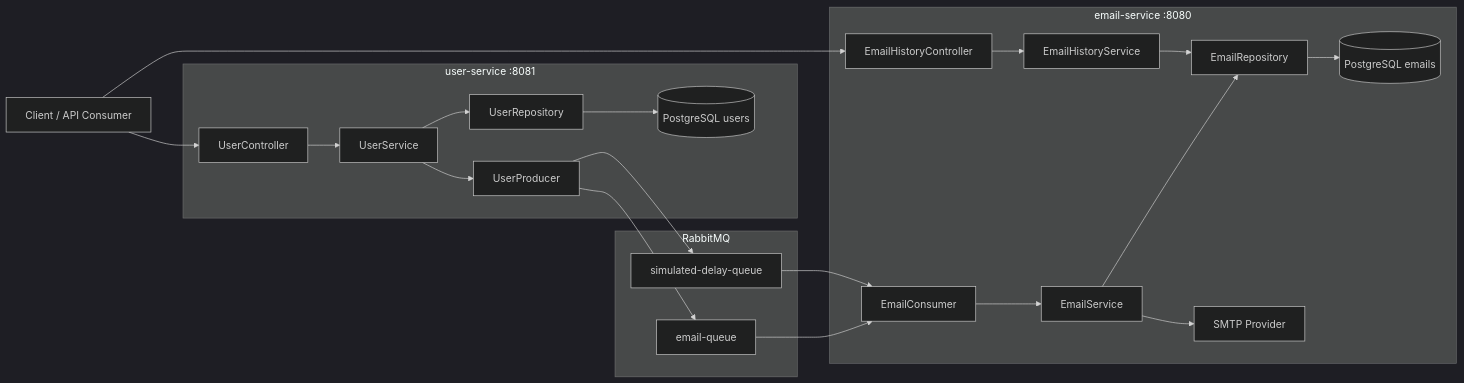
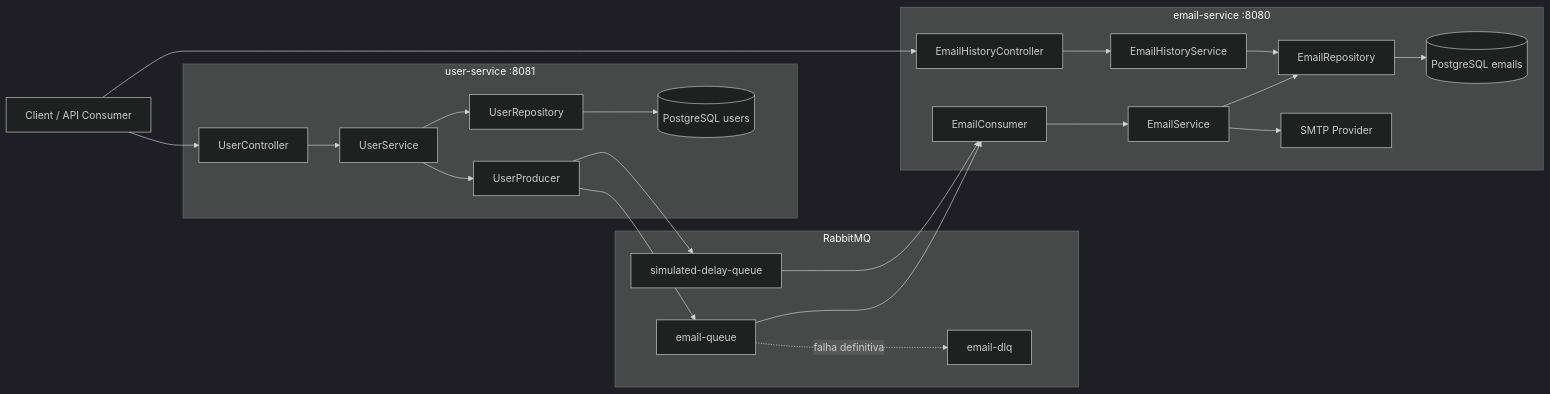
Before and after one commit to eduardofrois/user-email-sender: the first of 5 diagrams in README.md, drawn with Mermaid (dark theme). The commit also changed other lines of this file and 5 other files, not shown here.

First line of the commit message:
feat: add email retry backoff and DLQ

````diff
--- a/README.md
+++ b/README.md
@@ -14,46 +14,48 @@
 ```mermaid
 flowchart LR
     Client[Client / API Consumer]
 
     subgraph UserService[user-service :8081]
         UserController[UserController]
         UserServiceLayer[UserService]
         UserRepository[UserRepository]
         UserProducer[UserProducer]
         UserDb[(PostgreSQL users)]
     end
 
     subgraph Broker[RabbitMQ]
         EmailQueue[email-queue]
+        EmailDlq[email-dlq]
         DelayQueue[simulated-delay-queue]
     end
 
     subgraph EmailService[email-service :8080]
         EmailConsumer[EmailConsumer]
         EmailServiceLayer[EmailService]
         EmailHistoryController[EmailHistoryController]
         EmailHistoryService[EmailHistoryService]
         EmailRepository[EmailRepository]
         EmailDb[(PostgreSQL emails)]
         MailProvider[SMTP Provider]
     end
 
     Client --> UserController
     UserController --> UserServiceLayer
     UserServiceLayer --> UserRepository
     UserRepository --> UserDb
     UserServiceLayer --> UserProducer
     UserProducer --> EmailQueue
     UserProducer --> DelayQueue
 
     EmailQueue --> EmailConsumer
+    EmailQueue -. falha definitiva .-> EmailDlq
     DelayQueue --> EmailConsumer
     EmailConsumer --> EmailServiceLayer
     EmailServiceLayer --> EmailRepository
     EmailRepository --> EmailDb
     EmailServiceLayer --> MailProvider
 
     Client --> EmailHistoryController
     EmailHistoryController --> EmailHistoryService
     EmailHistoryService --> EmailRepository
 ```
````
